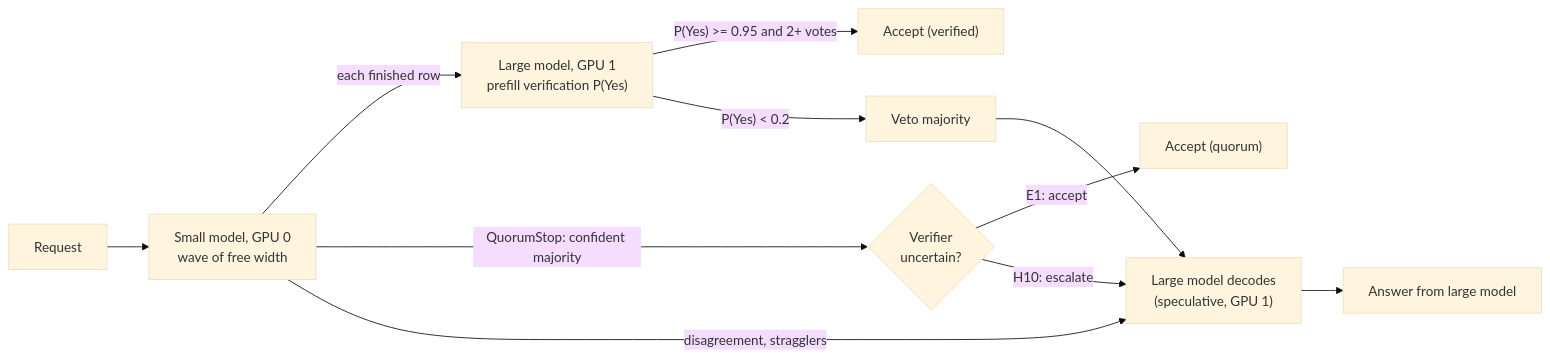
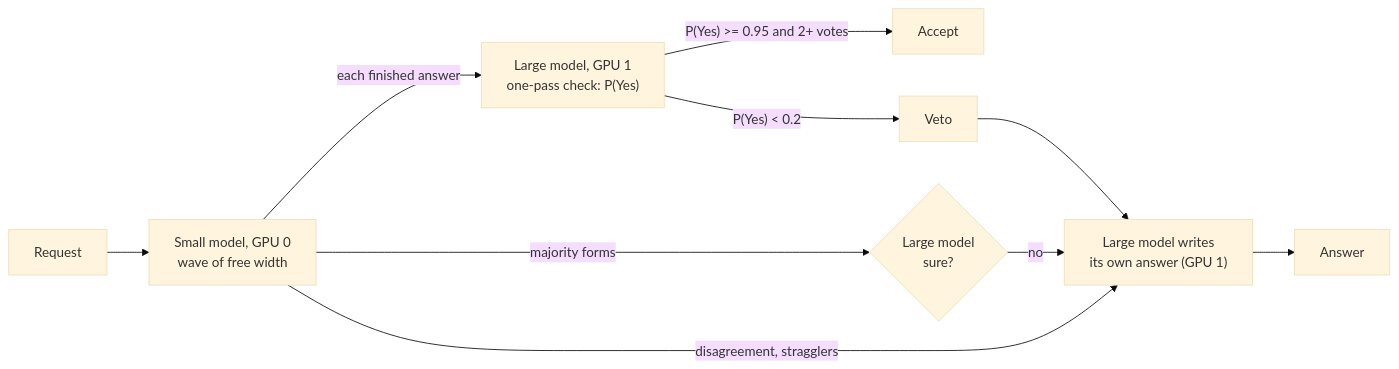
Before and after one commit to Tejascodz/Freewidth: the diagram in README.md, drawn with Mermaid (base theme). The commit also changed other lines of this file and 9 other files, not shown here.

````diff
--- a/README.md
+++ b/README.md
@@ -117,13 +99,12 @@
 ```mermaid
 flowchart LR
     Q["Request"] --> W["Small model, GPU 0<br/>wave of free width"]
-    W -- "each finished row" --> V["Large model, GPU 1<br/>prefill verification P(Yes)"]
-    V -- "P(Yes) >= 0.95 and 2+ votes" --> A["Accept (verified)"]
-    V -- "P(Yes) < 0.2" --> X["Veto majority"]
-    W -- "QuorumStop: confident majority" --> U{"Verifier<br/>uncertain?"}
-    U -- "E1: accept" --> AQ["Accept (quorum)"]
-    U -- "H10: escalate" --> B
-    W -- "disagreement, stragglers" --> B["Large model decodes<br/>(speculative, GPU 1)"]
+    W -- "each finished answer" --> V["Large model, GPU 1<br/>one-pass check: P(Yes)"]
+    V -- "P(Yes) >= 0.95 and 2+ votes" --> A["Accept"]
+    V -- "P(Yes) < 0.2" --> X["Veto"]
+    W -- "majority forms" --> U{"Large model<br/>sure?"}
+    U -- "no" --> B
+    W -- "disagreement, stragglers" --> B["Large model writes<br/>its own answer (GPU 1)"]
     X --> B
-    B --> F["Answer from large model"]
+    B --> F["Answer"]
 ```
````
